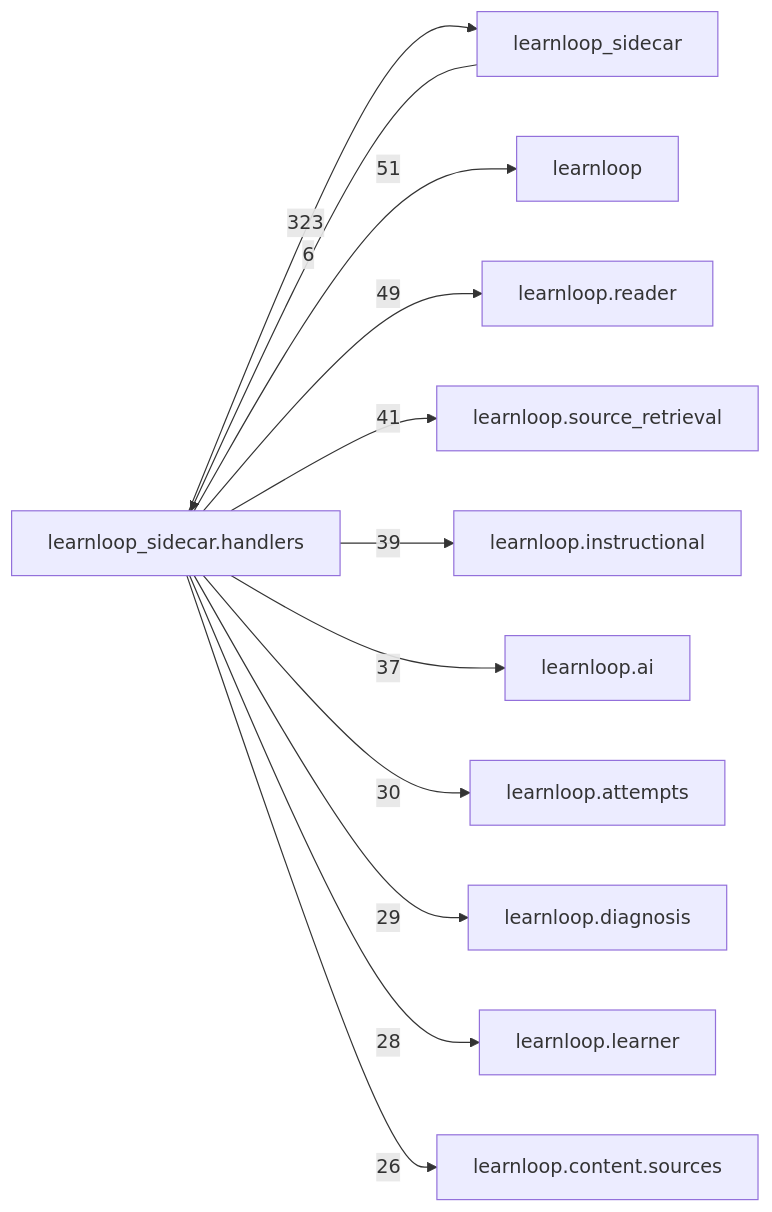
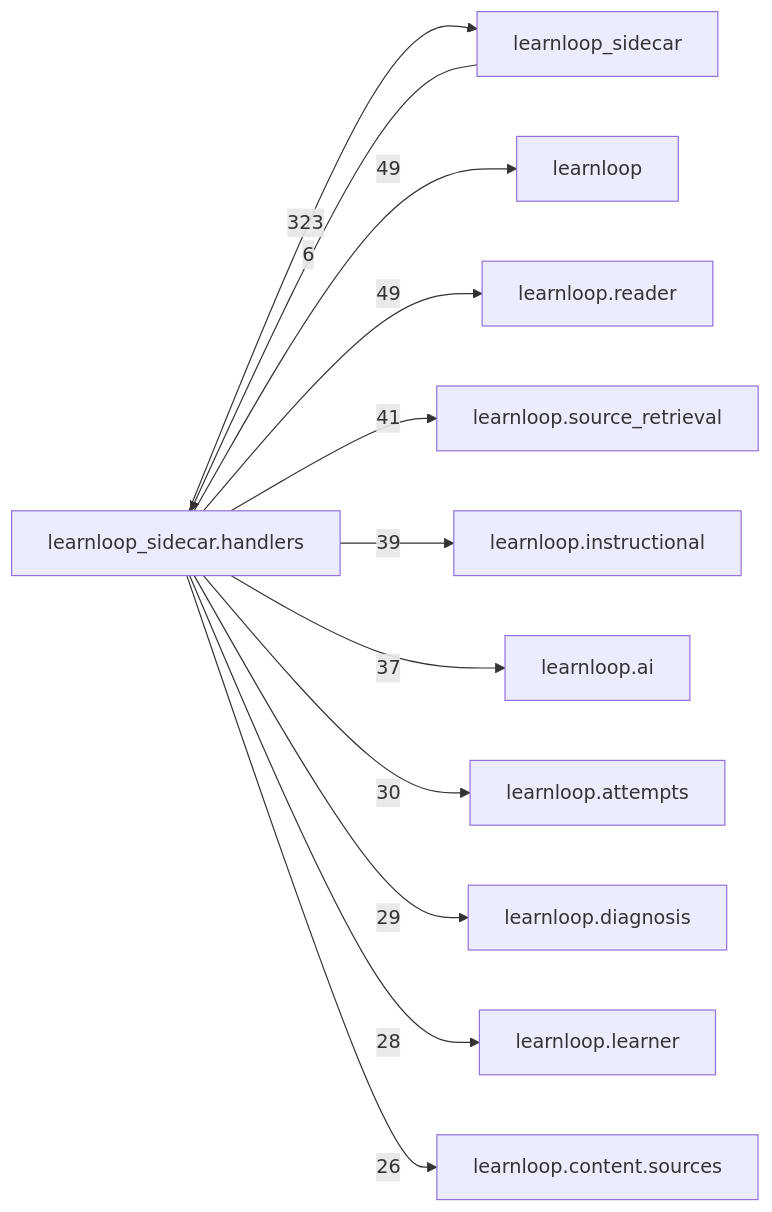
The diagram in docs/learnloop-architecture-vault/Reference/Modules/learnloop_sidecar/handlers/_package.md (6up-b/learnanything), drawn with Mermaid before and after one commit. The commit also changed other lines of this file and 108 other files, not shown here.

````diff
--- a/docs/learnloop-architecture-vault/Reference/Modules/learnloop_sidecar/handlers/_package.md
+++ b/docs/learnloop-architecture-vault/Reference/Modules/learnloop_sidecar/handlers/_package.md
@@ -260,25 +260,25 @@
 ```mermaid
 flowchart LR
     center["learnloop_sidecar.handlers"]
     n_learnloop_sidecar["learnloop_sidecar"]
     n_learnloop["learnloop"]
     n_learnloop_reader["learnloop.reader"]
     n_learnloop_source_retrieval["learnloop.source_retrieval"]
     n_learnloop_instructional["learnloop.instructional"]
     n_learnloop_ai["learnloop.ai"]
     n_learnloop_attempts["learnloop.attempts"]
     n_learnloop_diagnosis["learnloop.diagnosis"]
     n_learnloop_learner["learnloop.learner"]
     n_learnloop_content_sources["learnloop.content.sources"]
     n_learnloop_sidecar -->|6| center
     center -->|323| n_learnloop_sidecar
-    center -->|51| n_learnloop
+    center -->|49| n_learnloop
     center -->|49| n_learnloop_reader
     center -->|41| n_learnloop_source_retrieval
     center -->|39| n_learnloop_instructional
     center -->|37| n_learnloop_ai
     center -->|30| n_learnloop_attempts
     center -->|29| n_learnloop_diagnosis
     center -->|28| n_learnloop_learner
     center -->|26| n_learnloop_content_sources
 ```
````
